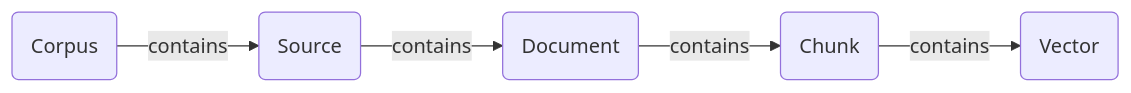
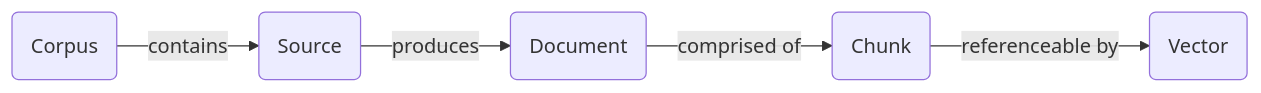
One commit to fixie-ai/ultradox changed the diagram in api-reference/corpora/overview.mdx. Above: the diagram before and after it, drawn with Mermaid.

````diff
--- a/api-reference/corpora/overview.mdx
+++ b/api-reference/corpora/overview.mdx
@@ -9,4 +9,4 @@
 ```mermaid
 flowchart LR
-    1(Corpus) -->|contains| 2(Source) -->|contains| 3(Document) -->|contains| 4(Chunk) -->|contains| 5(Vector)
+    1(Corpus) -->|contains| 2(Source) -->|produces| 3(Document) -->|comprised of| 4(Chunk) -->|referenceable by| 5(Vector)
 ```
````
